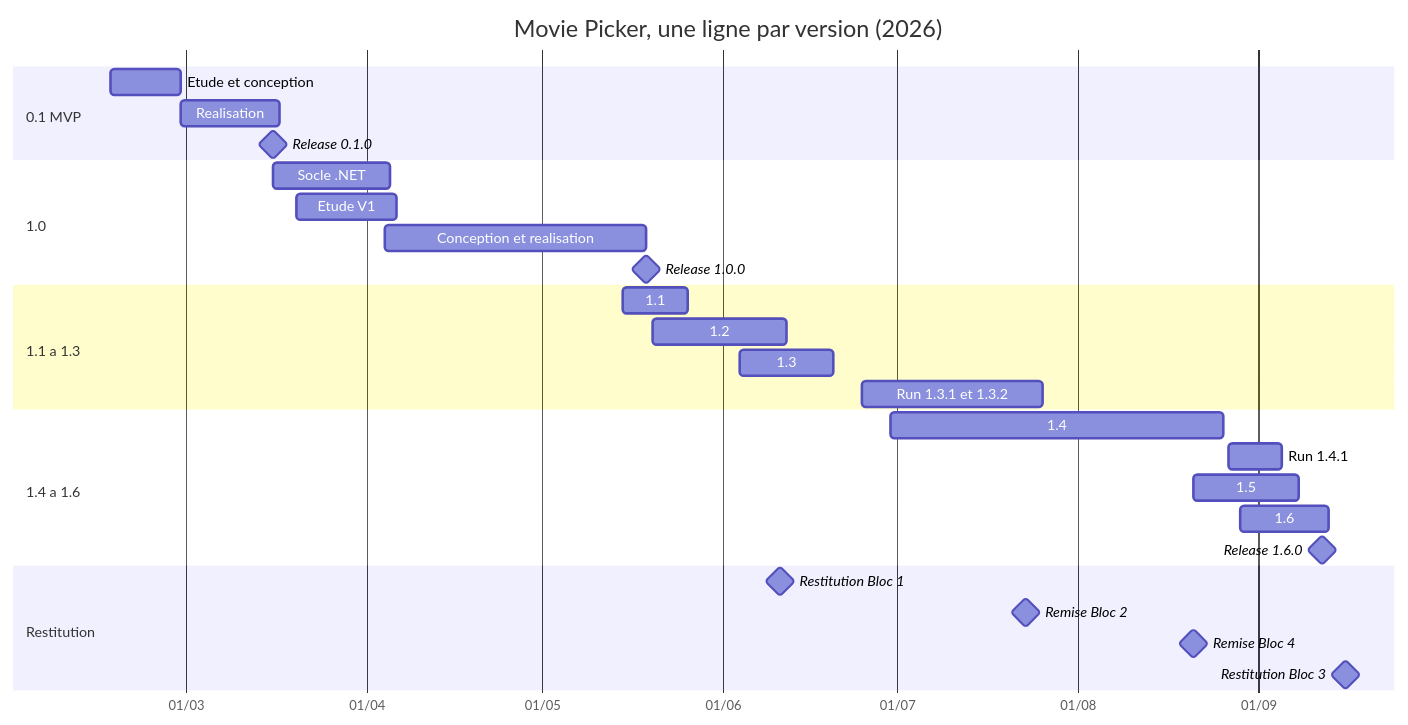
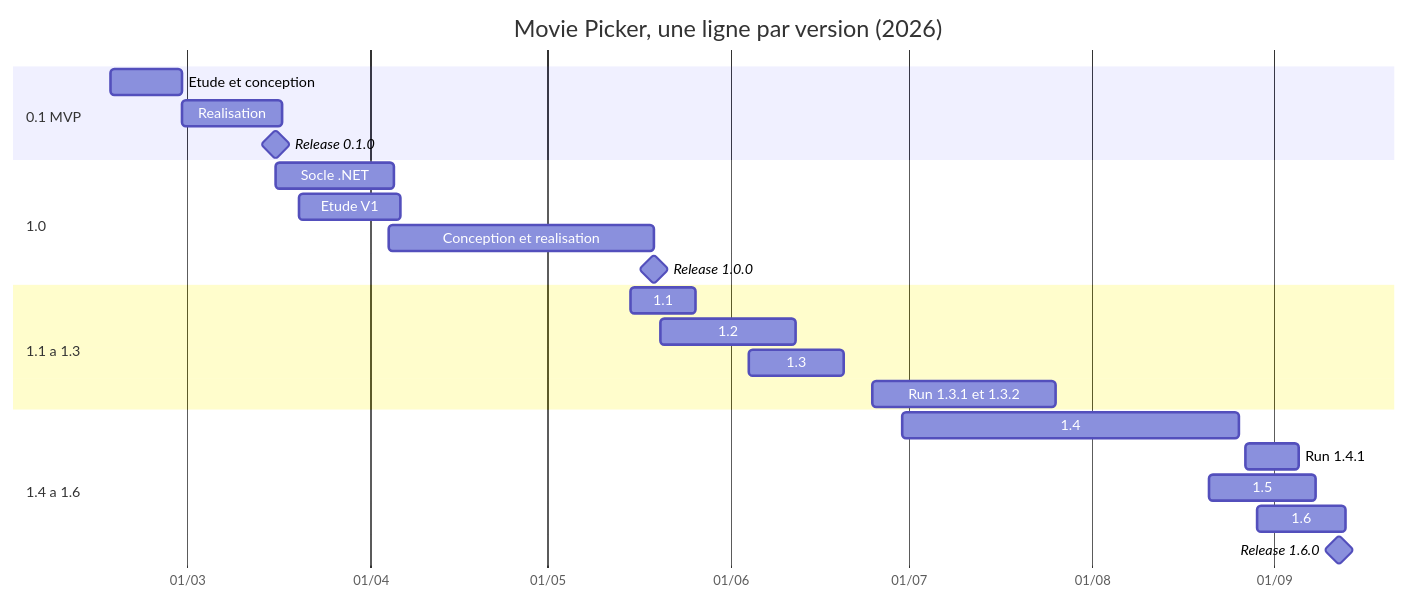
The diagram in docs/RNCP/bloc-3-coordination-pilotage/01-planification.md (Affy657/Movie-Picker), drawn with Mermaid before and after one commit. The commit also changed other lines of this file and 8 other files, not shown here.

````diff
--- a/docs/RNCP/bloc-3-coordination-pilotage/01-planification.md
+++ b/docs/RNCP/bloc-3-coordination-pilotage/01-planification.md
@@ -135,37 +135,31 @@
 ```mermaid
 gantt
     title Movie Picker, une ligne par version (2026)
     dateFormat YYYY-MM-DD
     axisFormat %d/%m
     todayMarker off
 
     section 0.1 MVP
     Etude et conception          :2026-02-16, 12d
     Realisation                  :2026-02-28, 17d
     Release 0.1.0                :milestone, 2026-03-16, 0d
 
     section 1.0
     Socle .NET                   :2026-03-16, 20d
     Etude V1                     :2026-03-20, 17d
     Conception et realisation    :2026-04-04, 45d
     Release 1.0.0                :milestone, 2026-05-19, 0d
 
     section 1.1 a 1.3
     1.1                          :2026-05-15, 11d
     1.2                          :2026-05-20, 23d
     1.3                          :2026-06-04, 16d
     Run 1.3.1 et 1.3.2           :2026-06-25, 31d
 
     section 1.4 a 1.6
     1.4                          :2026-06-30, 57d
     Run 1.4.1                    :2026-08-27, 9d
     1.5                          :2026-08-21, 18d
     1.6                          :2026-08-29, 15d
     Release 1.6.0                :milestone, 2026-09-12, 0d
-
-    section Restitution
-    Restitution Bloc 1           :milestone, 2026-06-11, 0d
-    Remise Bloc 2                :milestone, 2026-07-23, 0d
-    Remise Bloc 4                :milestone, 2026-08-21, 0d
-    Restitution Bloc 3           :milestone, 2026-09-16, 0d
 ```
````
